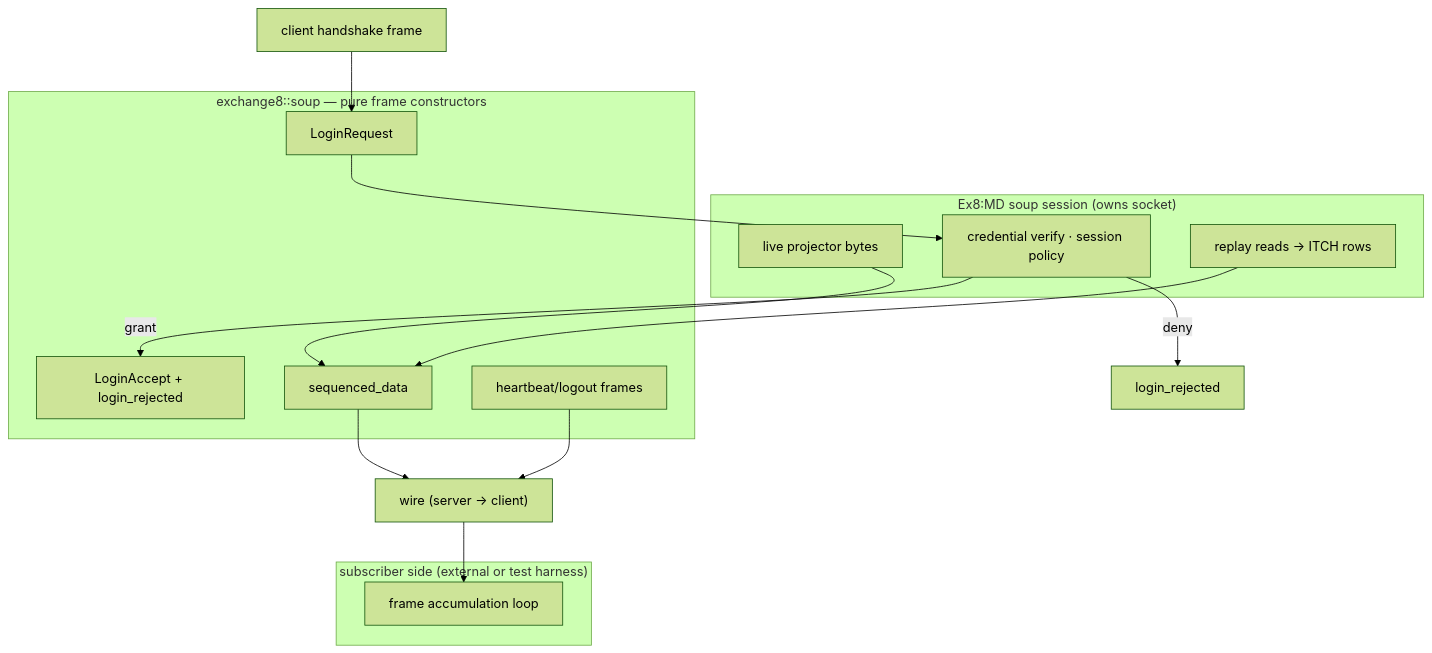
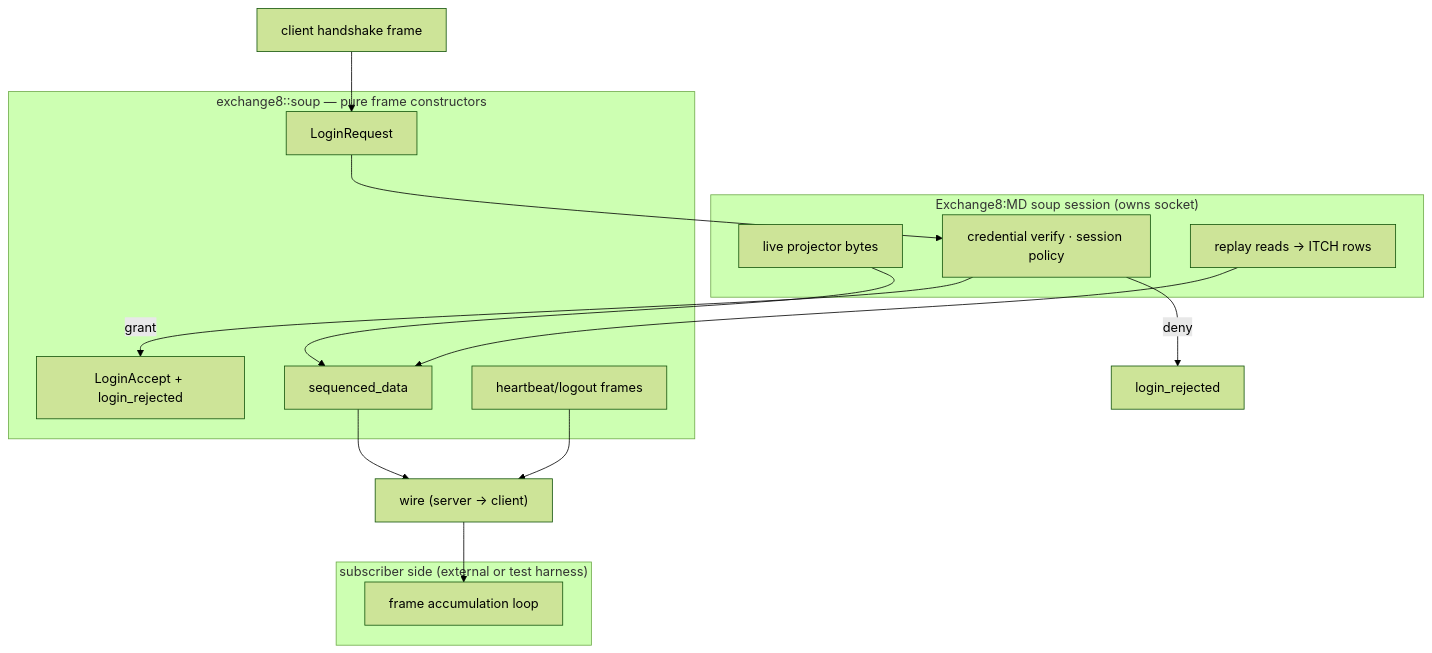
The fifth of 8 diagrams in crates/soup/DESIGN.md (Exchange8-dev/exchange8-sdk), drawn with Mermaid (forest theme) before and after one commit. The commit also changed other lines of this file and 29 other files, not shown here.

````diff
--- a/crates/soup/DESIGN.md
+++ b/crates/soup/DESIGN.md
@@ -209,26 +209,26 @@
 ```mermaid
 graph TD
-    subgraph PUBLISHER["Ex8:MD soup session (owns socket)"]
+    subgraph PUBLISHER["Exchange8:MD soup session (owns socket)"]
         AUTH["credential verify · session policy"]
         LIVE["live projector bytes"]
         REPQ["replay reads → ITCH rows"]
     end
     subgraph LIB["exchange8::soup — pure frame constructors"]
         LR["LoginRequest"]
         LA["LoginAccept + login_rejected"]
         HB["heartbeat/logout frames"]
         SD["sequenced_data"]
     end
     subgraph CLIENTSIDE["subscriber side (external or test harness)"]
         RD["frame accumulation loop"]
     end
     CLIENT["client handshake frame"] --> LR
     LR --> AUTH
     AUTH -->|"grant"| LA
     AUTH -->|"deny"| RJ["login_rejected"]
     LIVE --> SD
     REPQ --> SD
     SD --> STREAM["wire (server → client)"]
     HB --> STREAM
     STREAM --> RD
 ```
````
